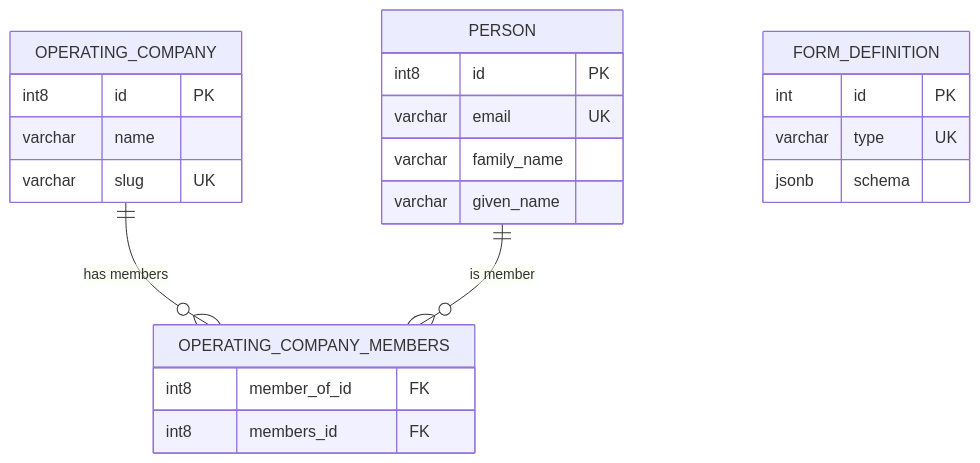
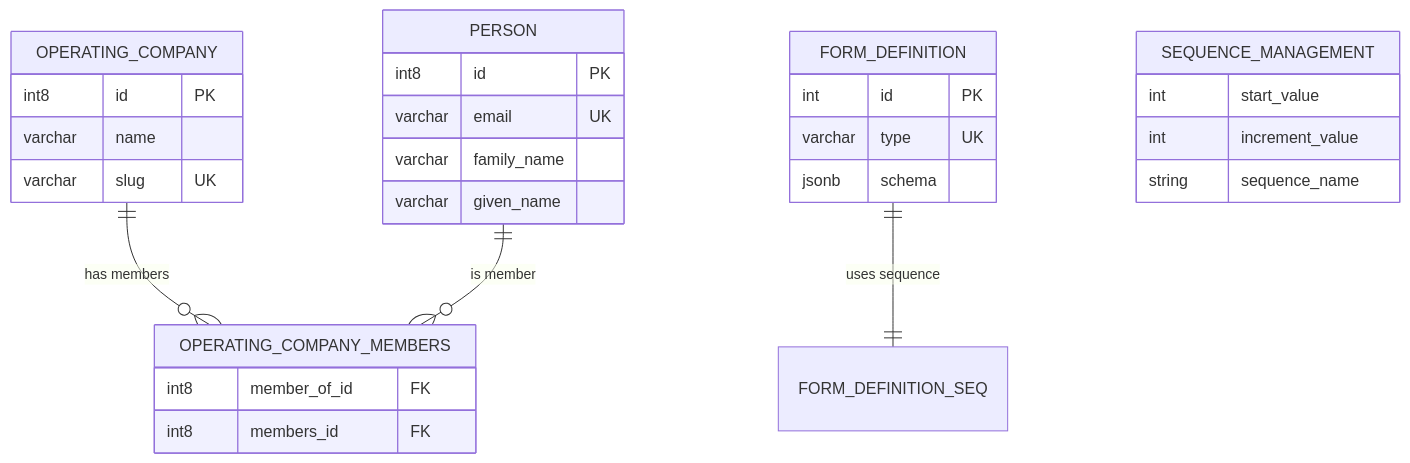
One commit to effinrich/rh-nx-monorepo changed the third of 11 diagrams in .qoder/repowiki/en/content/Data Management.md. Above: the diagram before and after it, drawn with Mermaid. The commit also changed other lines of this file and 130 other files, not shown here.

````diff
--- a/.qoder/repowiki/en/content/Data Management.md
+++ b/.qoder/repowiki/en/content/Data Management.md
@@ -155,25 +193,31 @@
 ```mermaid
 erDiagram
 OPERATING_COMPANY {
 int8 id PK
 varchar name
 varchar slug UK
 }
 PERSON {
 int8 id PK
 varchar email UK
 varchar family_name
 varchar given_name
 }
 OPERATING_COMPANY_MEMBERS {
 int8 member_of_id FK
 int8 members_id FK
 }
 FORM_DEFINITION {
 int id PK
 varchar type UK
 jsonb schema
 }
+SEQUENCE_MANAGEMENT {
+int start_value
+int increment_value
+string sequence_name
+}
 OPERATING_COMPANY ||--o{ OPERATING_COMPANY_MEMBERS : "has members"
 PERSON ||--o{ OPERATING_COMPANY_MEMBERS : "is member"
+FORM_DEFINITION ||--|| FORM_DEFINITION_SEQ : "uses sequence"
 ```
````
